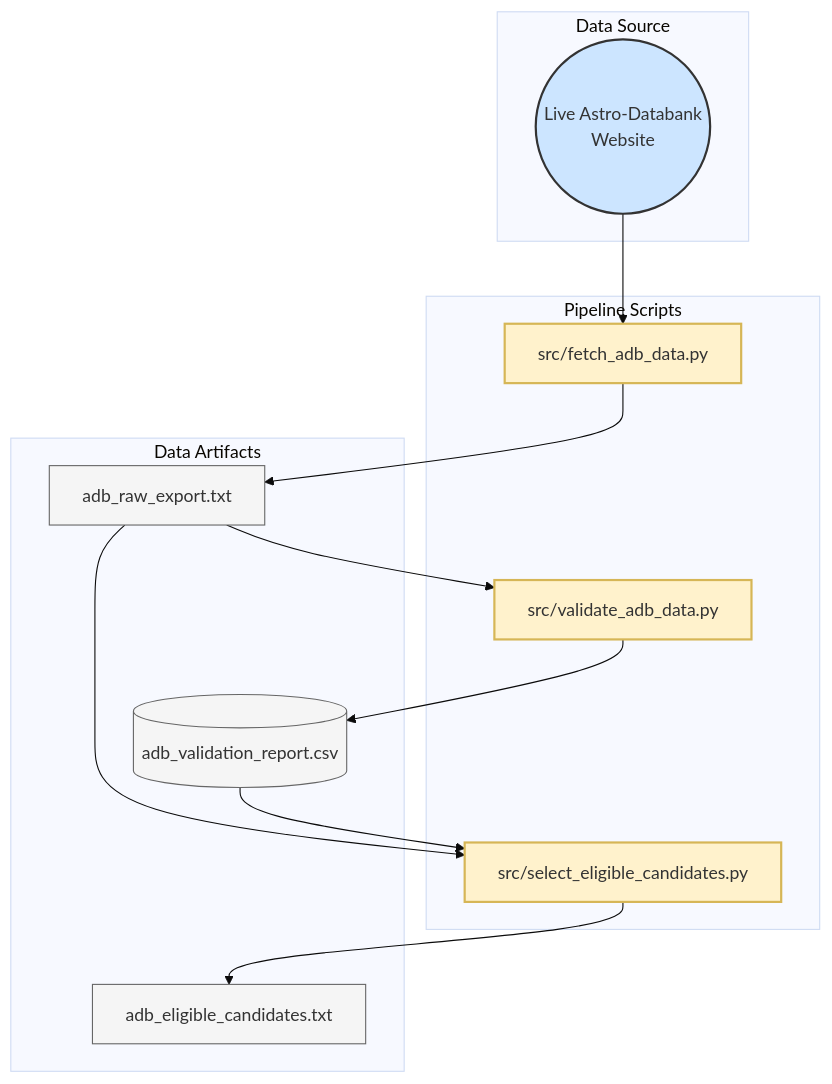
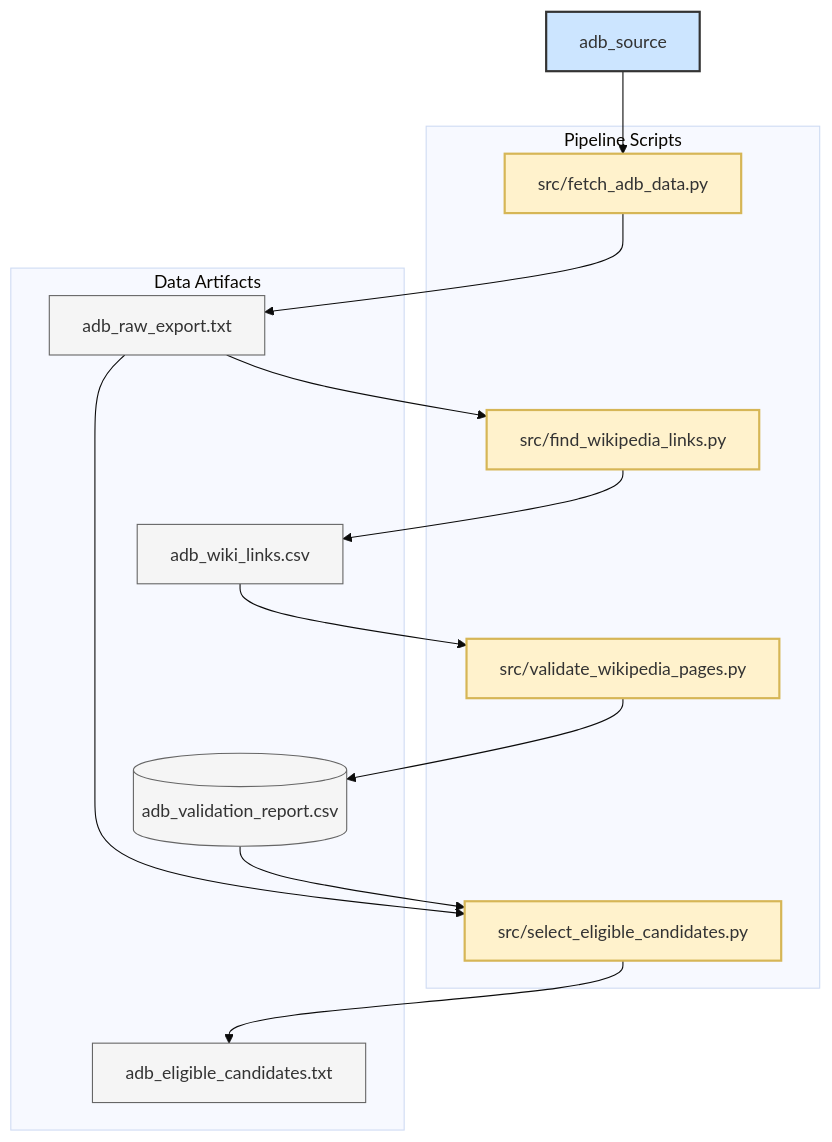
Before and after one commit to peterjmarko/llm-narrative-framework: the diagram in docs/diagrams/data_prep_flow_1_sourcing.mmd, drawn with Mermaid (base theme). The commit also changed 22 other files, not shown here.

```diff
--- a/docs/diagrams/data_prep_flow_1_sourcing.mmd
+++ b/docs/diagrams/data_prep_flow_1_sourcing.mmd
@@ -1,37 +1,37 @@
 graph TD
     %% Define Styles
     classDef scriptStyle fill:#fff2cc,stroke:#d6b656,stroke-width:2px
     classDef artifactFileStyle fill:#f5f5f5,stroke:#666,stroke-width:1px
     classDef artifactDBStyle fill:#f5f5f5,stroke:#666,stroke-width:1px
     classDef sourceStyle fill:#cce5ff,stroke:#333,stroke-width:2px
 
     subgraph "Pipeline Scripts"
         fetch[src/fetch_adb_data.py]
-        validate[src/validate_adb_data.py]
+        find_links[src/find_wikipedia_links.py]
+        validate_pages[src/validate_wikipedia_pages.py]
         select_eligible[src/select_eligible_candidates.py]
-    end
-
-    subgraph "Data Source"
-        adb_source(("Live Astro-Databank<br/>Website"))
     end
 
     subgraph "Data Artifacts"
         adb_raw[adb_raw_export.txt]
+        wiki_links[adb_wiki_links.csv]
         validation_report[(adb_validation_report.csv)]
         eligible_candidates[adb_eligible_candidates.txt]
     end
 
     %% Connections
     adb_source --> fetch
     fetch --> adb_raw
-    adb_raw --> validate
-    validate --> validation_report
+    adb_raw --> find_links
+    find_links --> wiki_links
+    wiki_links --> validate_pages
+    validate_pages --> validation_report
     adb_raw --> select_eligible
     validation_report --> select_eligible
     select_eligible --> eligible_candidates
 
     %% Apply Styles
-    class fetch,validate,select_eligible scriptStyle
-    class adb_raw,eligible_candidates artifactFileStyle
+    class fetch,find_links,validate_pages,select_eligible scriptStyle
+    class adb_raw,wiki_links,eligible_candidates artifactFileStyle
     class validation_report artifactDBStyle
     class adb_source sourceStyle
```
